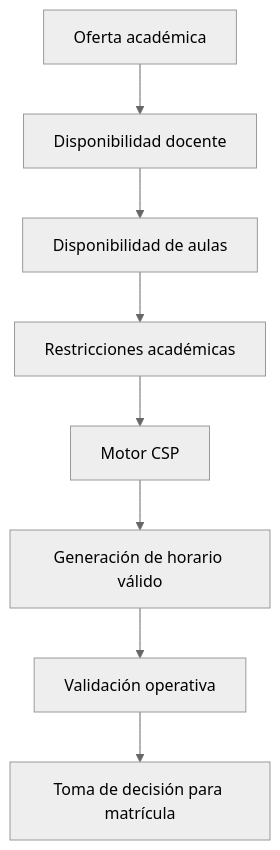
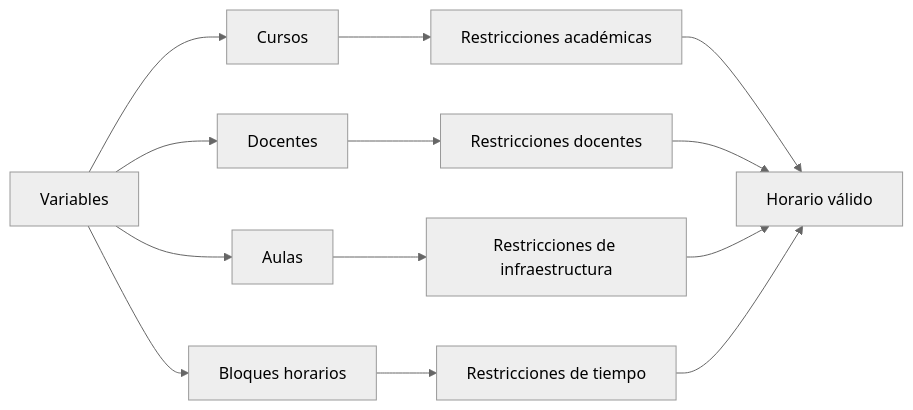
The third of 3 diagrams in docs/20_analisis_validacion_problema.md (Franki12341/Taller_de_Proyectos_2), drawn with Mermaid (neutral theme) before and after one commit. The commit also changed other lines of this file, not shown here.

````diff
--- a/docs/20_analisis_validacion_problema.md
+++ b/docs/20_analisis_validacion_problema.md
@@ -16,10 +389,15 @@
 ```mermaid
-flowchart TD
-A[Oferta académica] --> B[Disponibilidad docente]
-B --> C[Disponibilidad de aulas]
-C --> D[Restricciones académicas]
-D --> E[Motor CSP]
-E --> F[Generación de horario válido]
-F --> G[Validación operativa]
-G --> H[Toma de decisión para matrícula]
+flowchart LR
+    A[Variables] --> B[Cursos]
+    A --> C[Docentes]
+    A --> D[Aulas]
+    A --> E[Bloques horarios]
+    B --> F[Restricciones académicas]
+    C --> G[Restricciones docentes]
+    D --> H[Restricciones de infraestructura]
+    E --> I[Restricciones de tiempo]
+    F --> J[Horario válido]
+    G --> J
+    H --> J
+    I --> J
 ```
````
